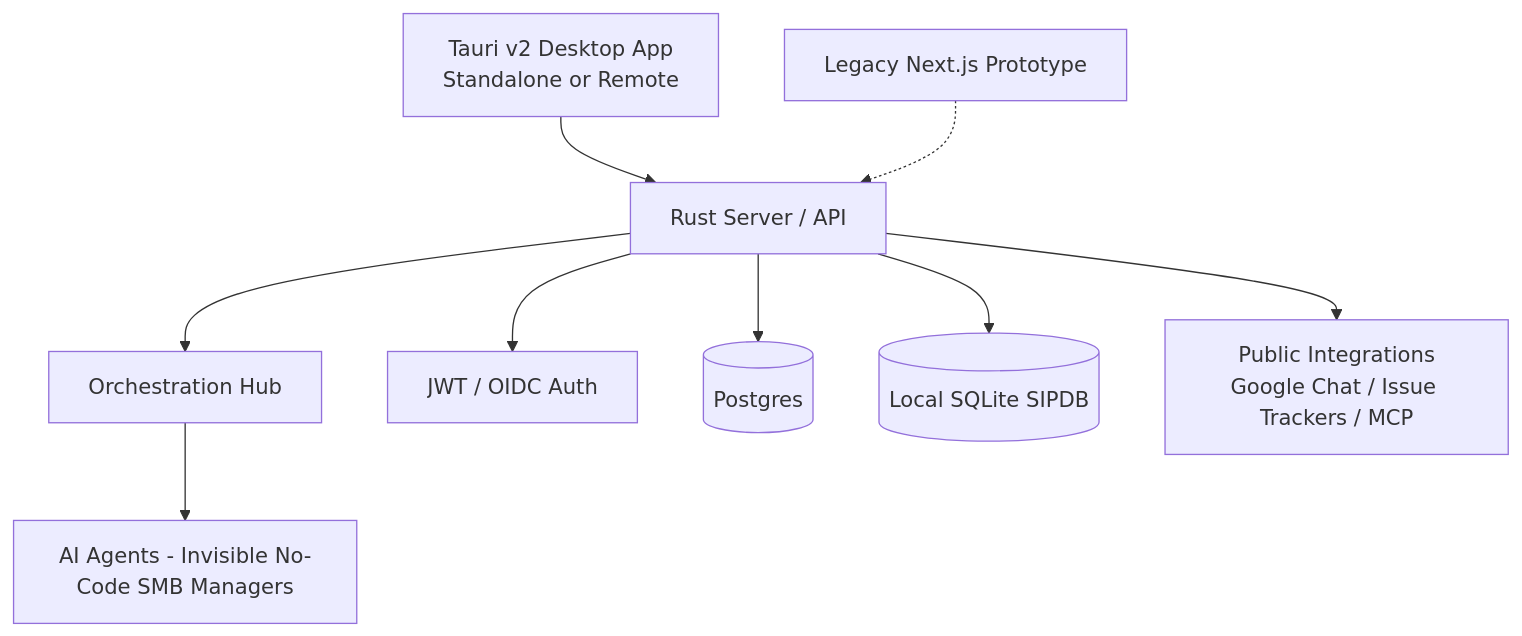
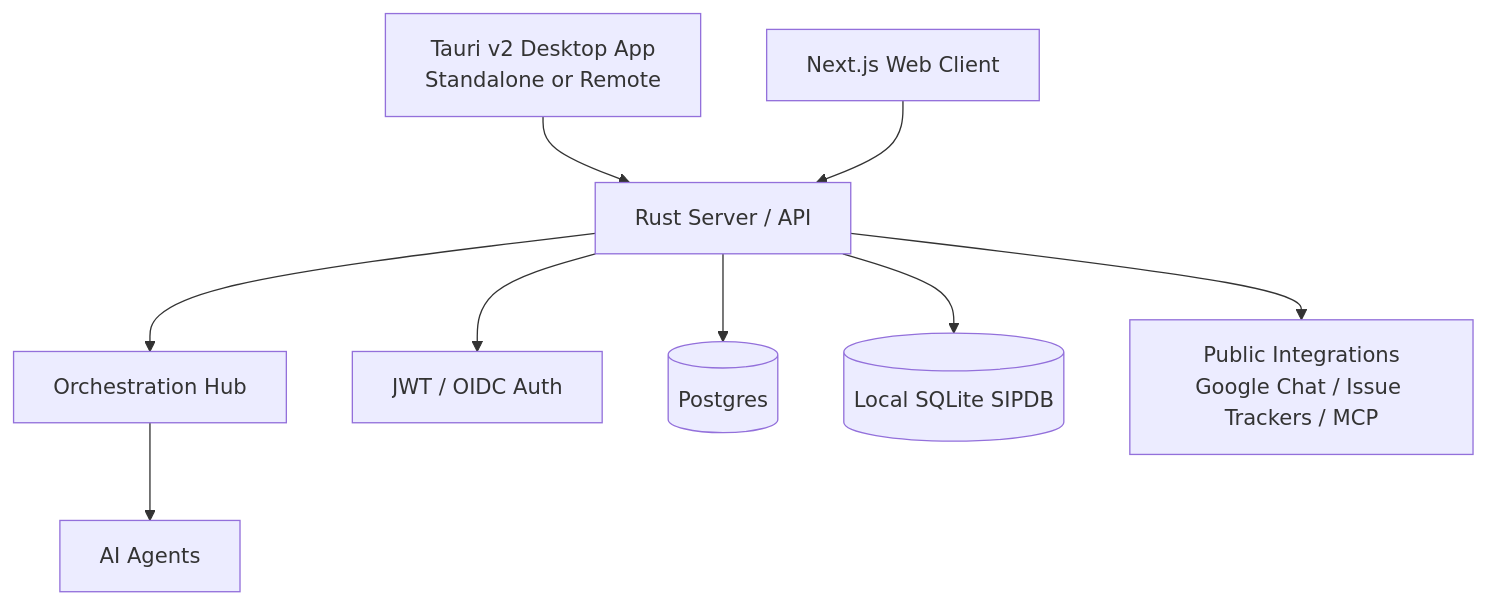
The diagram in README.md (omnisolo-llc/onehumancorp), drawn with Mermaid before and after one commit. The commit also changed other lines of this file and 1980 other files, not shown here.

````diff
--- a/README.md
+++ b/README.md
@@ -47,11 +40,11 @@
 ```mermaid
 graph TD;
     DesktopClient[Tauri v2 Desktop App\nStandalone or Remote] --> API[Rust Server / API];
-    LegacyWeb[Legacy Next.js Prototype] -.-> API;
+    WebClient[Next.js Web Client] --> API;
     API --> Orchestration[Orchestration Hub];
     API --> Auth[JWT / OIDC Auth];
-    Orchestration --> Agents[AI Agents - Invisible No-Code SMB Managers];
+    Orchestration --> Agents[AI Agents];
     API --> Postgres[(Postgres)];
     API --> SQLite[(Local SQLite SIPDB)];
     API --> Integrations[Public Integrations\nGoogle Chat / Issue Trackers / MCP];
 ```
````
